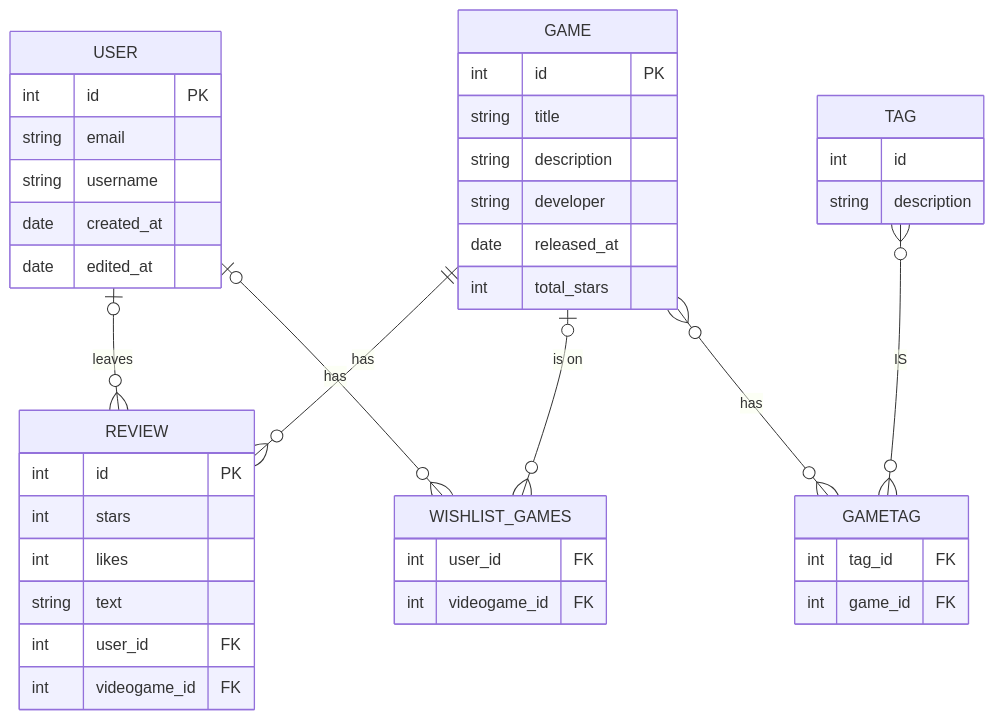
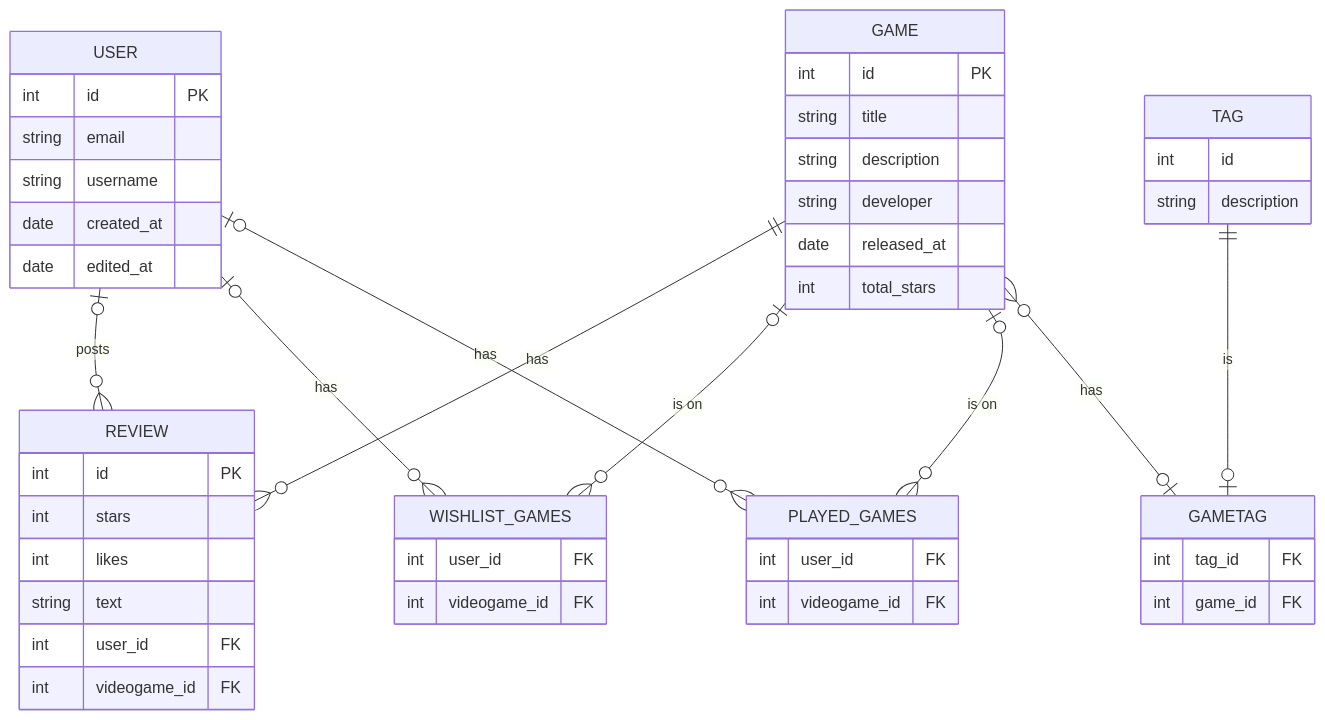
One commit to TarynBeaupre/VideoGamed changed the diagram in README.md. Above: the diagram before and after it, drawn with Mermaid. The commit also changed other lines of this file and 4 other files, not shown here.

````diff
--- a/README.md
+++ b/README.md
@@ -56,52 +56,59 @@
 ```mermaid
 erDiagram
     GAME ||--o{ REVIEW : has
-    USER |o--o{ REVIEW : "leaves"
+    USER |o--o{ REVIEW : "posts"
     USER |o--o{ WISHLIST_GAMES : "has"
+     USER |o--o{ PLAYED_GAMES : "has"
     GAME |o--o{ WISHLIST_GAMES : "is on"
-    GAME }o--o{ GAMETAG : "has"
-    TAG }o--o{ GAMETAG : "IS"
+    GAME |o--o{ PLAYED_GAMES : "is on"
+    GAME }o--o| GAMETAG : "has"
+    TAG ||--o| GAMETAG : "is"
 
 
     REVIEW {
         int id PK
         int stars
         int likes
         string text
         int user_id FK 
         int videogame_id FK 
     }
 
 
     GAME {
         int id PK
         string title
         string description
         string developer
         date released_at
         int total_stars
     }
 
     USER {
         int id PK
         string email
         string username
         date created_at
         date edited_at
     }
 
     WISHLIST_GAMES {
         int user_id FK 
         int videogame_id FK
     }
 
+    PLAYED_GAMES{
+        int user_id FK 
+        int videogame_id FK
+    }
+
     TAG {
         int id
         string description
     }
 
     GAMETAG{
         int tag_id FK 
         int game_id FK
     }
 ```
````
